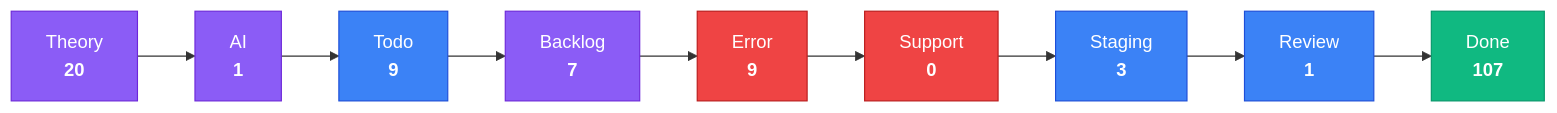
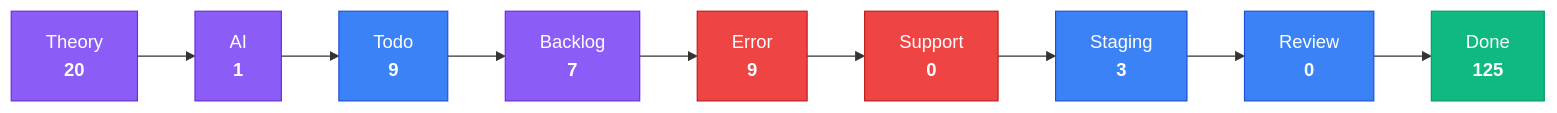
One commit to KBVE/kbve changed the third of 4 diagrams in apps/kbve/astro-kbve/src/content/docs/dashboard/kanban-data.mdx. Above: the diagram before and after it, drawn with Mermaid. The commit also changed other lines of this file and 8 other files, not shown here.

````diff
--- a/apps/kbve/astro-kbve/src/content/docs/dashboard/kanban-data.mdx
+++ b/apps/kbve/astro-kbve/src/content/docs/dashboard/kanban-data.mdx
@@ -80,28 +79,28 @@
 ```mermaid
 flowchart LR
     classDef planning fill:#8b5cf6,stroke:#6d28d9,color:#fff
     classDef active fill:#3b82f6,stroke:#1d4ed8,color:#fff
     classDef blocked fill:#ef4444,stroke:#b91c1c,color:#fff
     classDef done fill:#10b981,stroke:#059669,color:#fff
     Theory["Theory<br/><strong>20</strong>"]
     Theory --> AI
     AI["AI<br/><strong>1</strong>"]
     AI --> Todo
     Todo["Todo<br/><strong>9</strong>"]
     Todo --> Backlog
     Backlog["Backlog<br/><strong>7</strong>"]
     Backlog --> Error
     Error["Error<br/><strong>9</strong>"]
     Error --> Support
     Support["Support<br/><strong>0</strong>"]
     Support --> Staging
     Staging["Staging<br/><strong>3</strong>"]
     Staging --> Review
-    Review["Review<br/><strong>1</strong>"]
+    Review["Review<br/><strong>0</strong>"]
     Review --> Done
-    Done["Done<br/><strong>107</strong>"]
+    Done["Done<br/><strong>125</strong>"]
     class Theory,AI,Backlog planning
     class Todo,Staging,Review active
     class Error,Support blocked
     class Done done
 ```
````
